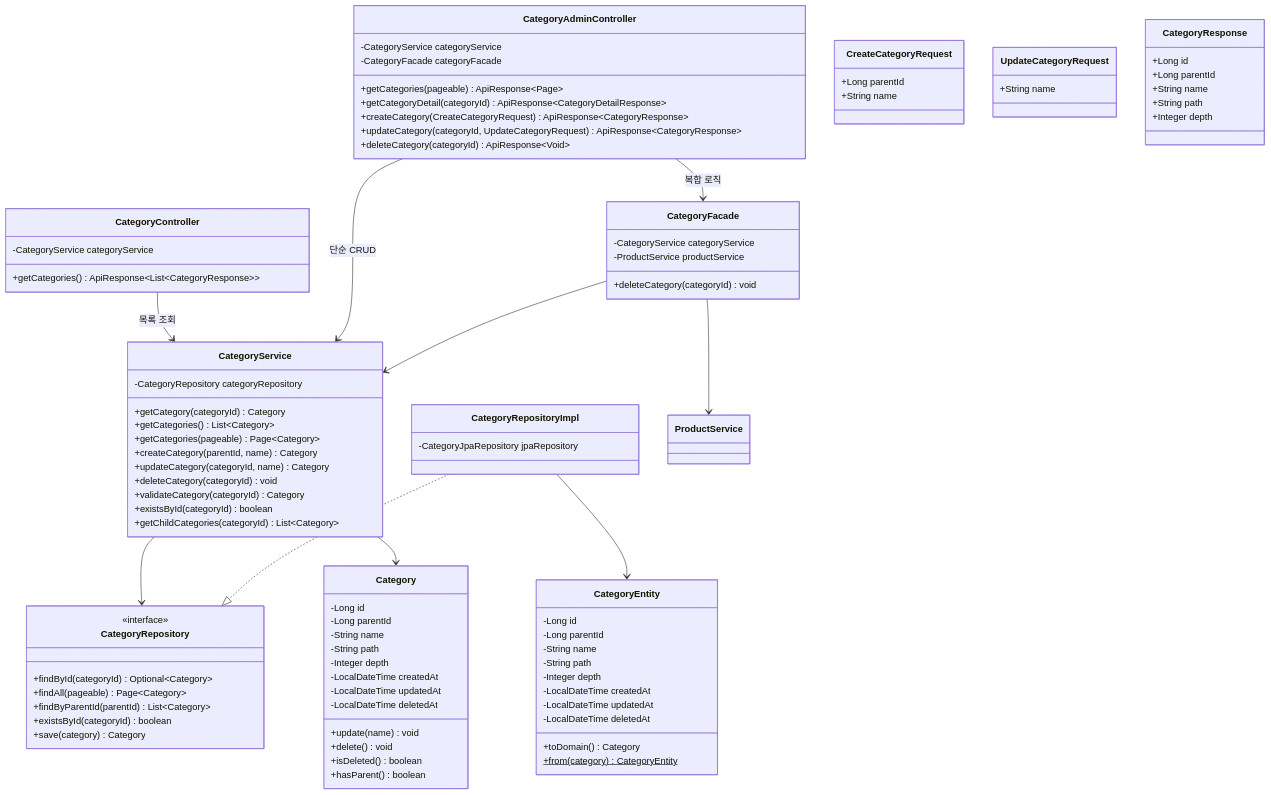
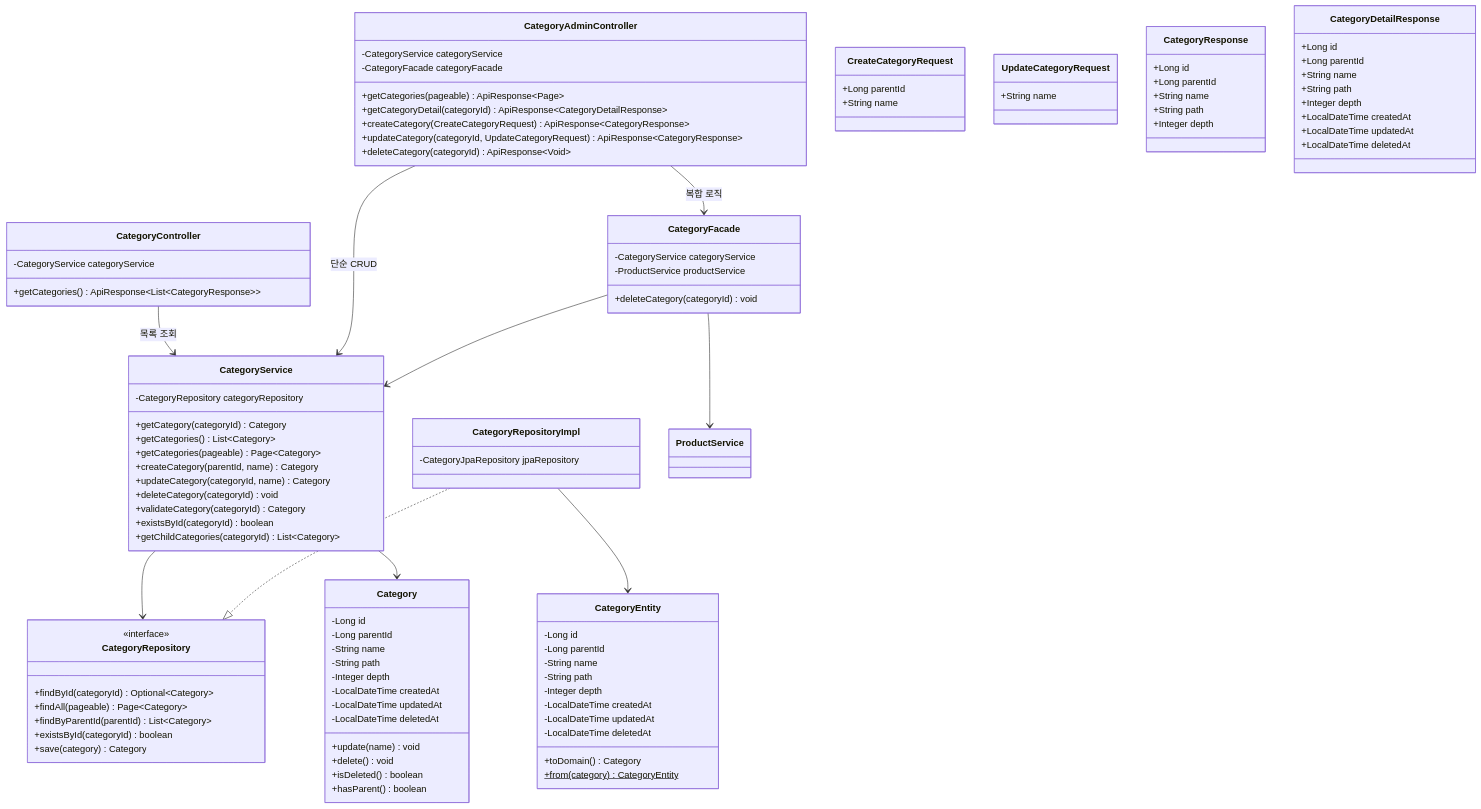
One commit to letter333/loop-pack-be-l2-vol3-java changed the fourth of 11 diagrams in docs/design/03-class-diagram.md. Above: the diagram before and after it, drawn with Mermaid. The commit also changed other lines of this file and 4 other files, not shown here.

```diff
--- a/docs/design/03-class-diagram.md
+++ b/docs/design/03-class-diagram.md
@@ -355,6 +377,17 @@
         +String name
         +String path
         +Integer depth
+    }
+
+    class CategoryDetailResponse {
+        +Long id
+        +Long parentId
+        +String name
+        +String path
+        +Integer depth
+        +LocalDateTime createdAt
+        +LocalDateTime updatedAt
+        +LocalDateTime deletedAt
     }
 
     %% Application Layer
```
